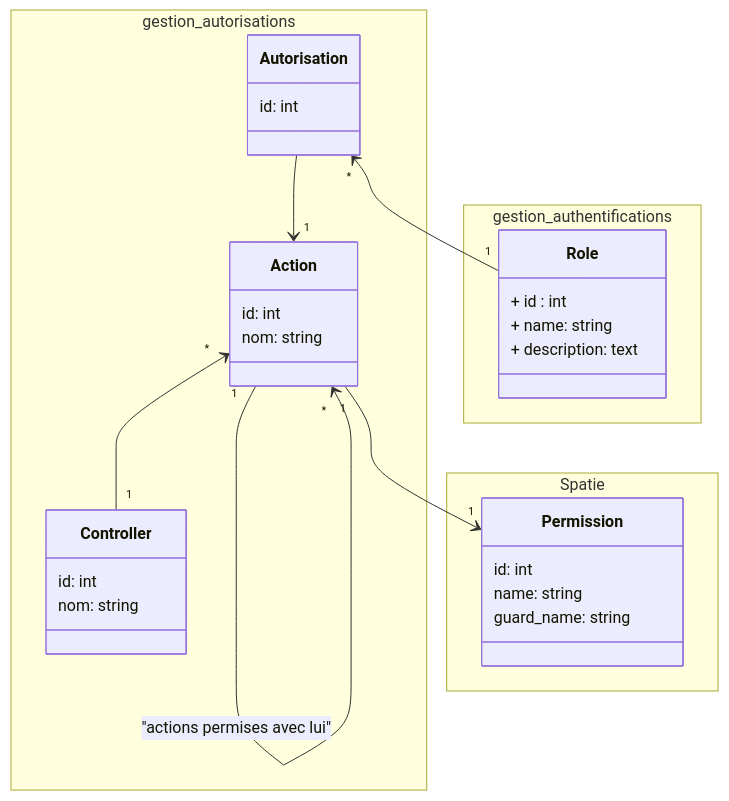
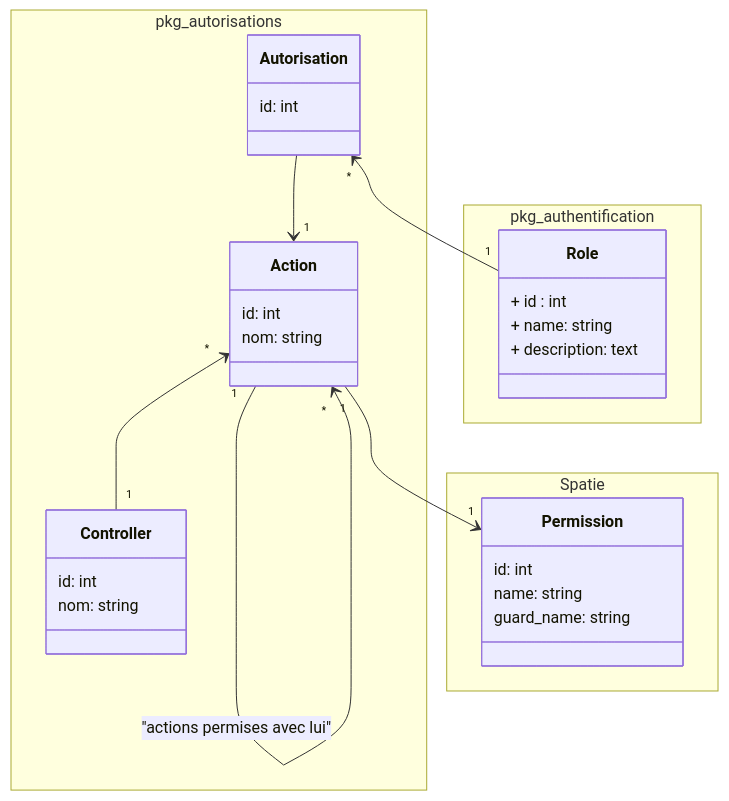
One commit to labs-web/prototype changed the diagram in modélisation/pkg_autorisations/classes_pkg_autorisations.mmd. Above: the diagram before and after it, drawn with Mermaid. The commit also changed 3 other files, not shown here.

```diff
--- a/modélisation/pkg_autorisations/classes_pkg_autorisations.mmd
+++ b/modélisation/pkg_autorisations/classes_pkg_autorisations.mmd
@@ -1,41 +1,41 @@
 classDiagram
 
-namespace gestion_autorisations{
+namespace pkg_autorisations{
   class Action {
     id: int
     nom: string
   }
 
   class Autorisation {
     id: int
   }
 
   class Controller {
     id: int
     nom: string
   }
 }
 namespace Spatie {
   class Permission {
     id: int
     name: string
     guard_name: string
   }
 }
 
 
-namespace gestion_authentifications {
+namespace pkg_authentification {
 
 class Role{
     + id : int
     + name: string 
     + description: text 
 }
 }
 
 
 Action "*" <-- "1" Controller
 Autorisation --> "1" Action
 Autorisation "*" <-- "1" Role
 Action "1" --> "1" Permission
 Action  "1" --> "*" Action : "actions permises avec lui"
```
